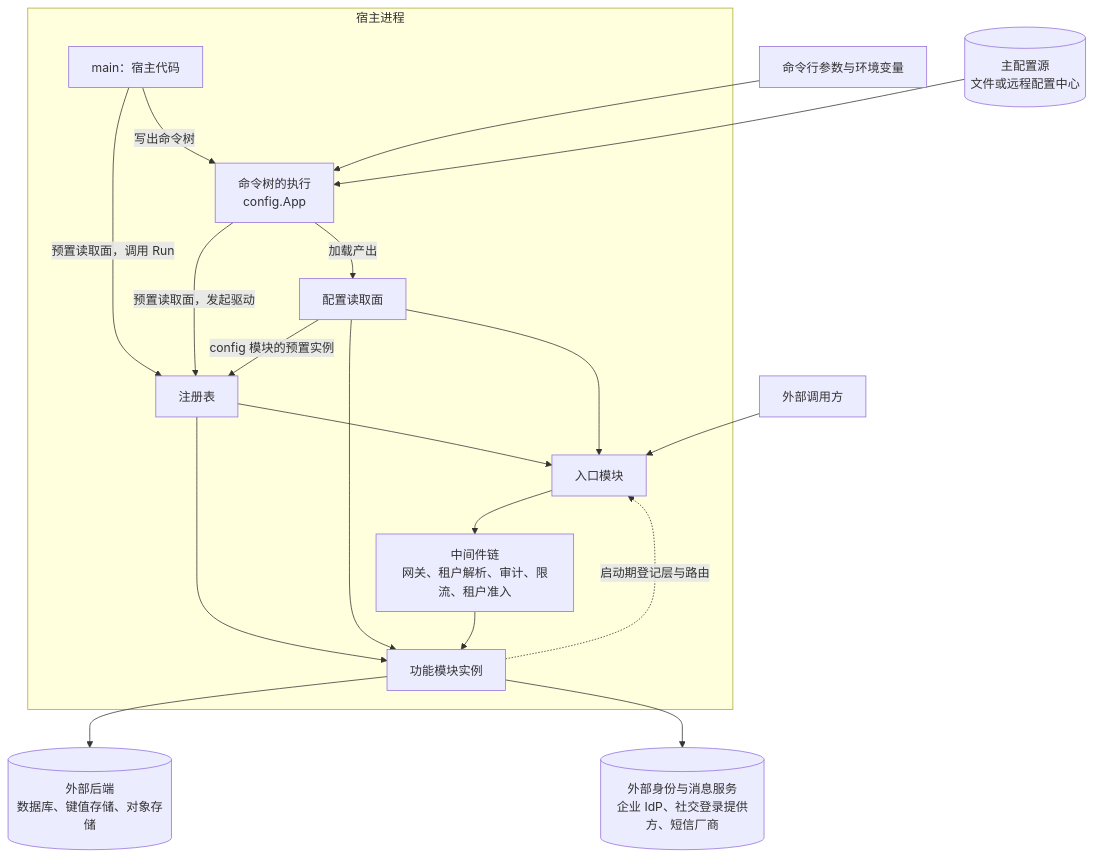
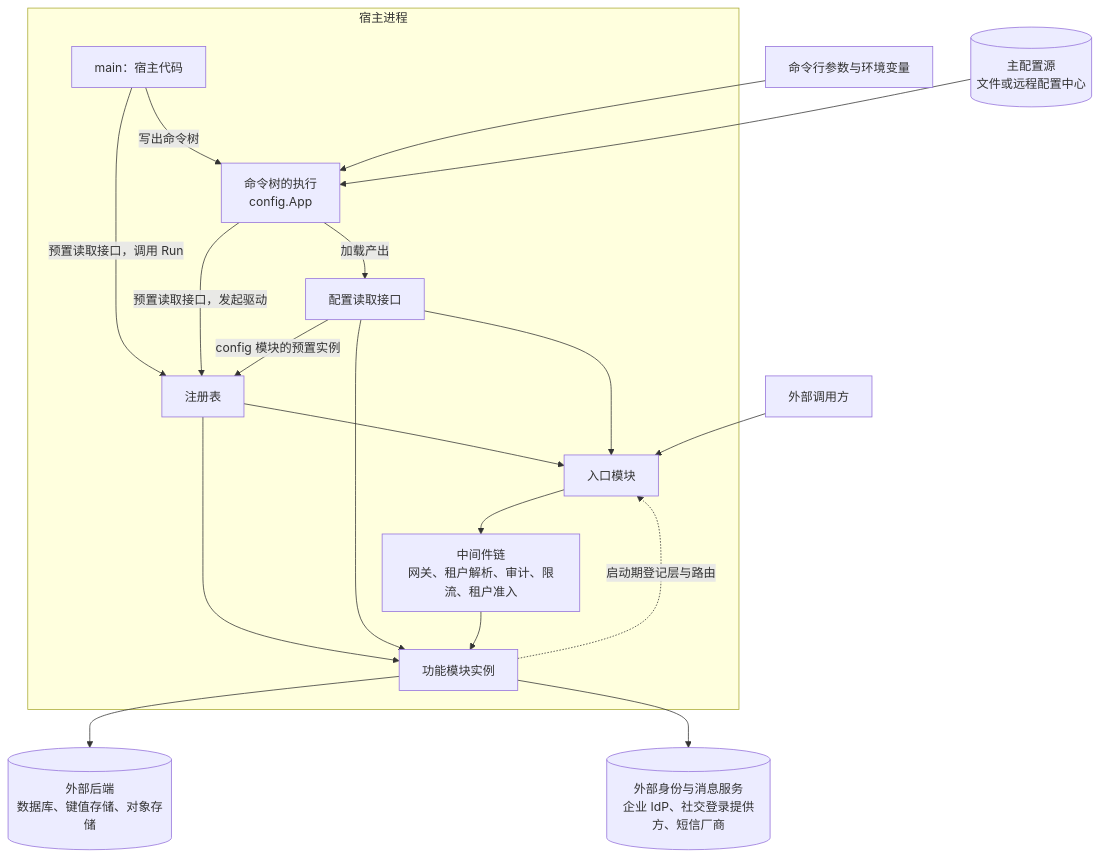
One commit to wangzw/speed changed the fifth of 5 diagrams in docs/design/architecture.md. Above: the diagram before and after it, drawn with Mermaid. The commit also changed other lines of this file and 328 other files, not shown here.

````diff
--- a/docs/design/architecture.md
+++ b/docs/design/architecture.md
@@ -186,36 +186,36 @@
 ```mermaid
 graph TD
   cli["命令行参数与环境变量"]
   primary[("主配置源<br/>文件或远程配置中心")]
   client["外部调用方"]
   backend[("外部后端<br/>数据库、键值存储、对象存储")]
   remote[("外部身份与消息服务<br/>企业 IdP、社交登录提供方、短信厂商")]
 
   subgraph proc["宿主进程"]
     main["main：宿主代码"]
     exec["命令树的执行<br/>config.App"]
     registry["注册表"]
-    cfg["配置读取面"]
+    cfg["配置读取接口"]
     entry["入口模块"]
     chain["中间件链<br/>网关、租户解析、审计、限流、租户准入"]
     instances["功能模块实例"]
     main -->|写出命令树| exec
-    main -->|预置读取面，调用 Run| registry
+    main -->|预置读取接口，调用 Run| registry
     exec -->|加载产出| cfg
-    exec -->|预置读取面，发起驱动| registry
+    exec -->|预置读取接口，发起驱动| registry
     cfg -->|config 模块的预置实例| registry
     registry --> entry
     registry --> instances
     cfg --> instances
     cfg --> entry
     entry --> chain
     chain --> instances
     instances -.->|启动期登记层与路由| entry
   end
 
   cli --> exec
   primary --> exec
   client --> entry
   instances --> backend
   instances --> remote
 ```
````
